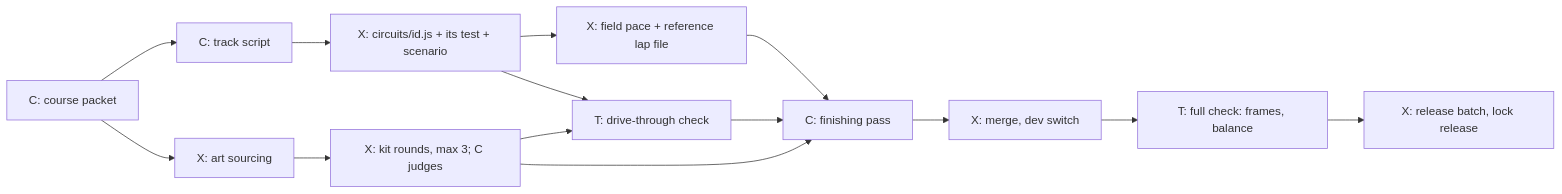
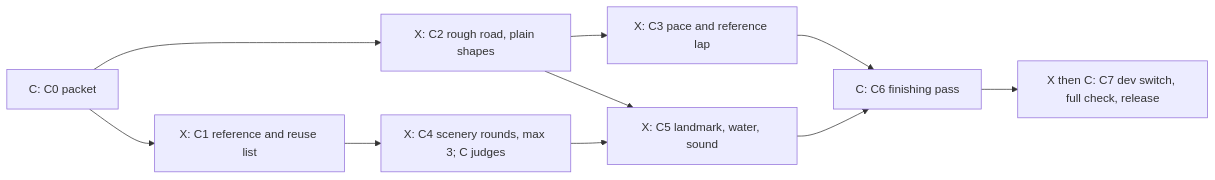
Before and after one commit to Dukes0O/the-duel-remake: the first of 5 diagrams in docs/FACTORY.md, drawn with Mermaid. The commit also changed other lines of this file, not shown here.

Commit message:
FACTORY: staged course line and new car line (Kyle, 28 October)

````diff
--- a/docs/FACTORY.md
+++ b/docs/FACTORY.md
@@ -66,12 +74,10 @@
 ```mermaid
 flowchart LR
-  P[C: course packet] --> S[X: art sourcing] & R[C: track script]
-  S --> K[X: kit rounds, max 3; C judges]
-  R --> B[X: circuits/id.js + its test + scenario]
-  B --> F[X: field pace + reference lap file]
-  B & K --> D[T: drive-through check]
-  F & D & K --> FP[C: finishing pass]
-  FP --> M[X: merge, dev switch]
-  M --> N[T: full check: frames, balance]
-  N --> REL[X: release batch, lock release]
+  P[C: C0 packet] --> REF[X: C1 reference and reuse list]
+  P --> ROAD[X: C2 rough road, plain shapes]
+  REF --> KIT[X: C4 scenery rounds, max 3; C judges]
+  ROAD --> PACE[X: C3 pace and reference lap]
+  ROAD & KIT --> LAND[X: C5 landmark, water, sound]
+  PACE & LAND --> FIN[C: C6 finishing pass]
+  FIN --> REL[X then C: C7 dev switch, full check, release]
 ```
````
